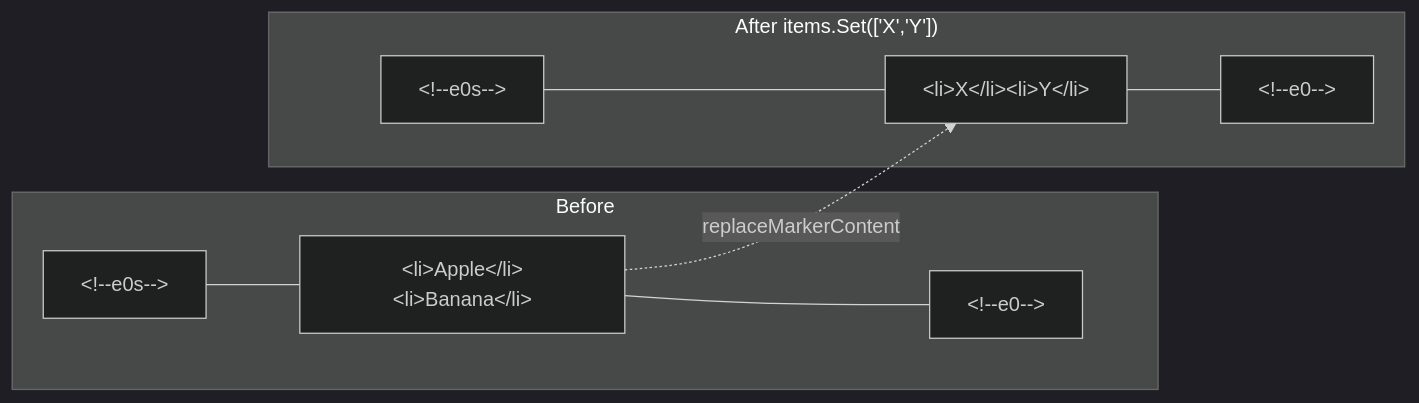
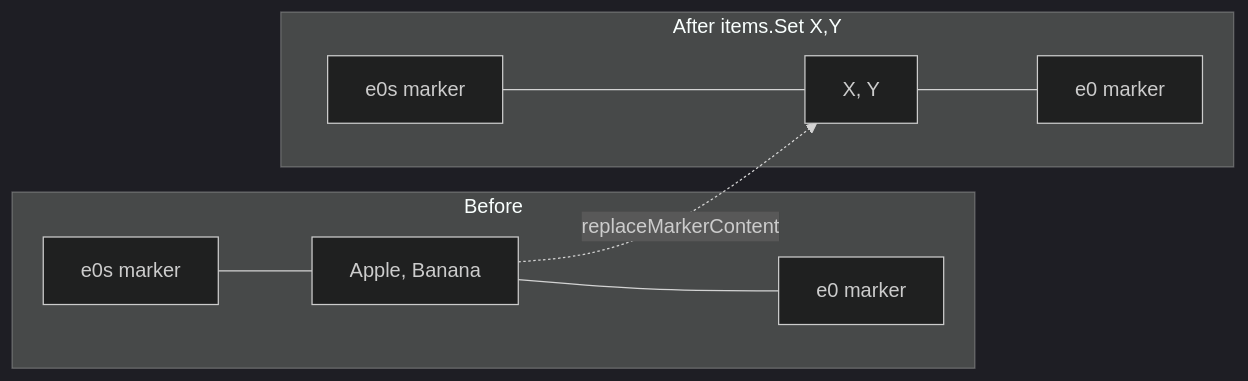
Before and after one commit to tbocek/preveltekit: the ninth of 12 diagrams in new/ARCHITECTURE.md, drawn with Mermaid (dark theme). The commit also changed other lines of this file, not shown here.

````diff
--- a/new/ARCHITECTURE.md
+++ b/new/ARCHITECTURE.md
@@ -493,10 +488,10 @@
 ```mermaid
 graph LR
     subgraph "Before"
-        A1["&lt;!--e0s--&gt;"] --- B1["&lt;li&gt;Apple&lt;/li&gt;&lt;li&gt;Banana&lt;/li&gt;"] --- C1["&lt;!--e0--&gt;"]
+        A1["e0s marker"] --- B1["Apple, Banana"] --- C1["e0 marker"]
     end
-    subgraph "After items.Set(['X','Y'])"
-        A2["&lt;!--e0s--&gt;"] --- B2["&lt;li&gt;X&lt;/li&gt;&lt;li&gt;Y&lt;/li&gt;"] --- C2["&lt;!--e0--&gt;"]
+    subgraph "After items.Set X,Y"
+        A2["e0s marker"] --- B2["X, Y"] --- C2["e0 marker"]
     end
     B1 -.->|replaceMarkerContent| B2
 ```
````
